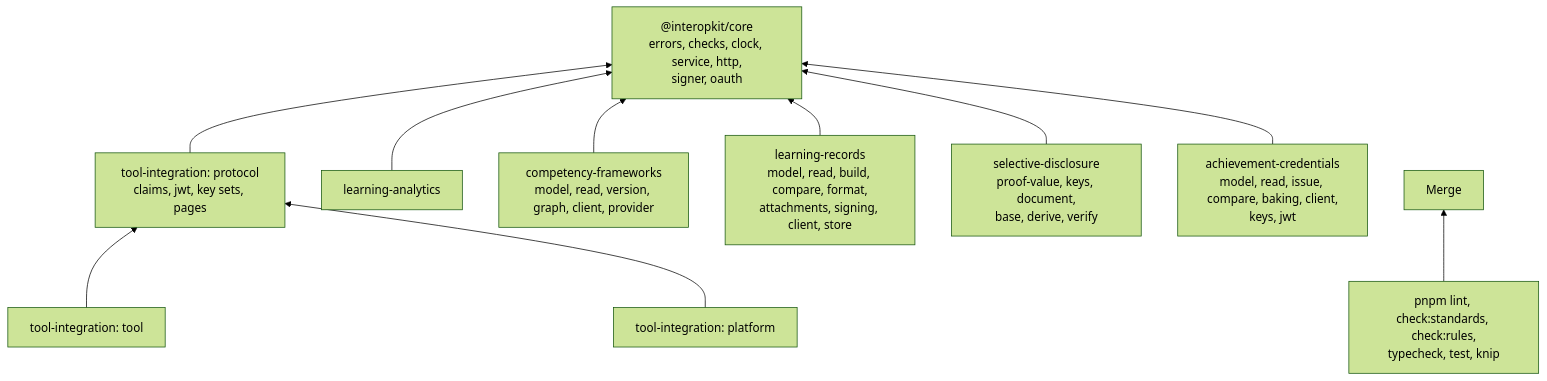
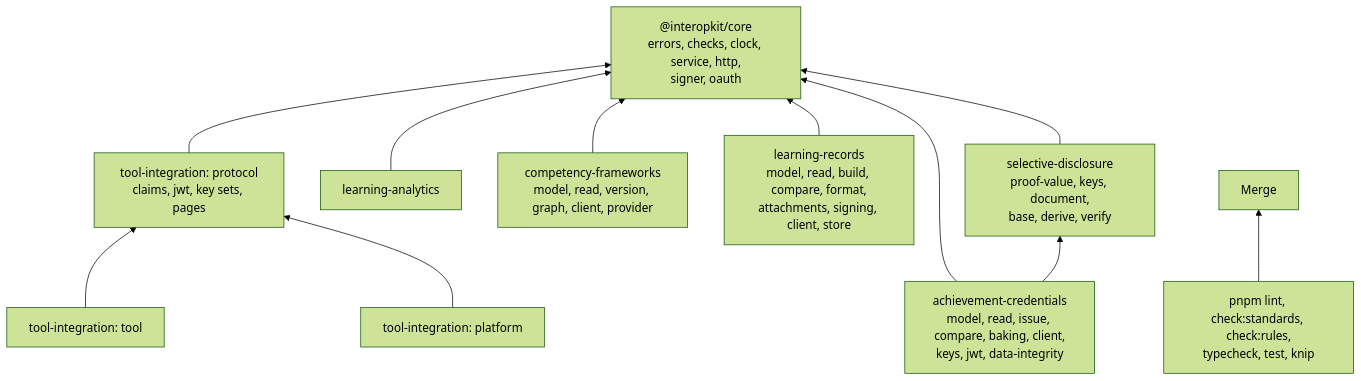
Before and after one commit to interopkit/interopkit: the diagram in AGENTS.md, drawn with Mermaid (forest theme). The commit also changed other lines of this file and 53 other files, not shown here.

First line of the commit message:
Add Data Integrity proofs to achievement-credentials: signing, disclosure, verification bound to the issuer, safe mode, and contexts only at their pins

````diff
--- a/AGENTS.md
+++ b/AGENTS.md
@@ -15,21 +15,22 @@
 ```mermaid
 flowchart BT
   core["@interopkit/core<br/>errors, checks, clock, service, http,<br/>signer, oauth"]
   proto["tool-integration: protocol<br/>claims, jwt, key sets, pages"]
   tool["tool-integration: tool"]
   plat["tool-integration: platform"]
   la["learning-analytics"]
   cf["competency-frameworks<br/>model, read, version, graph, client, provider"]
   lr["learning-records<br/>model, read, build, compare, format,<br/>attachments, signing, client, store"]
   sd["selective-disclosure<br/>proof-value, keys, document,<br/>base, derive, verify"]
-  ac["achievement-credentials<br/>model, read, issue, compare, baking, client,<br/>keys, jwt"]
+  ac["achievement-credentials<br/>model, read, issue, compare, baking, client,<br/>keys, jwt, data-integrity"]
   proto --> core
   tool --> proto
   plat --> proto
   la --> core
   cf --> core
   lr --> core
   sd --> core
   ac --> core
+  ac --> sd
   gates["pnpm lint, check:standards, check:rules,<br/>typecheck, test, knip"] --> merge["Merge"]
 ```
````
